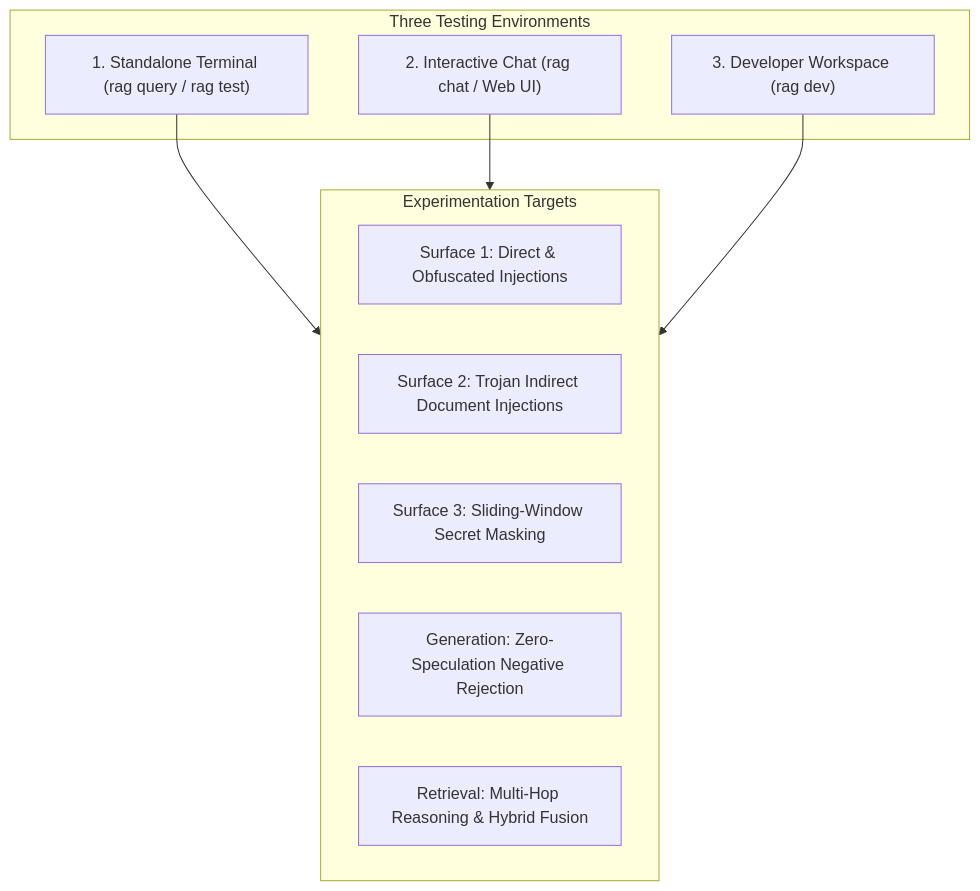
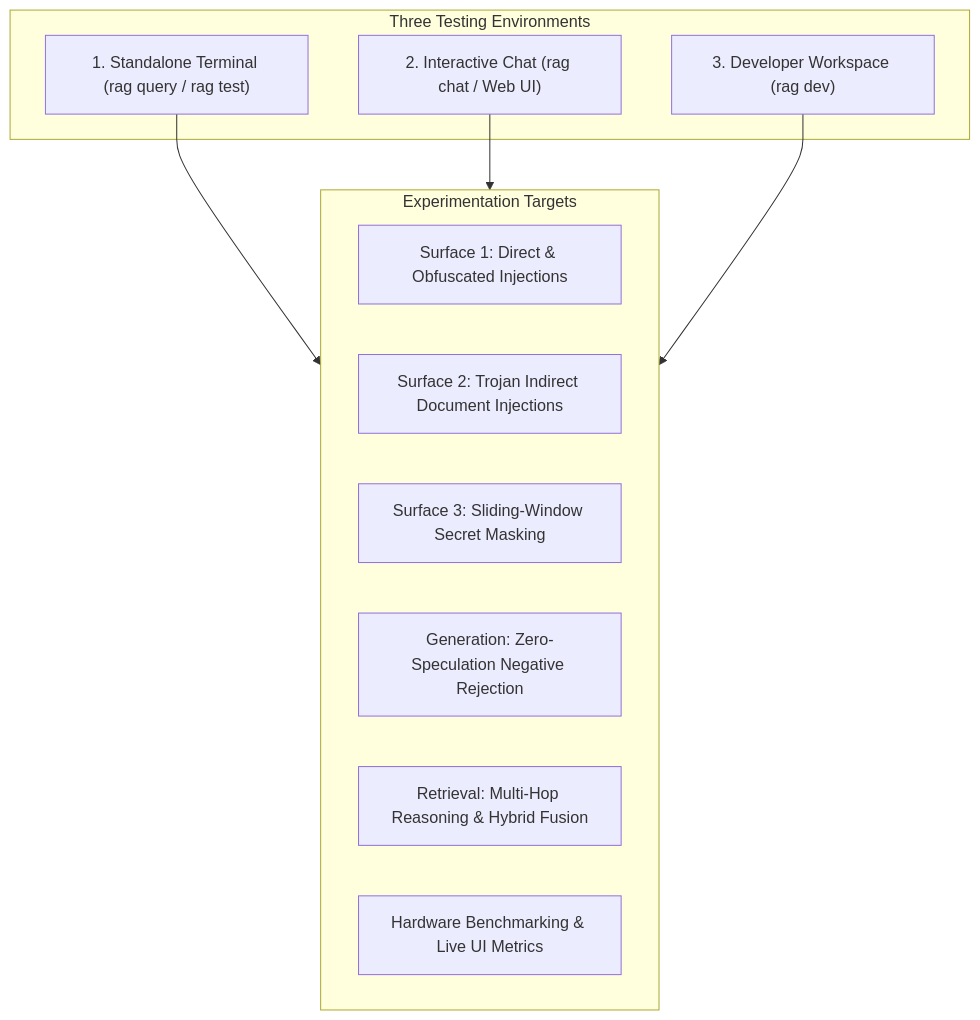
One commit to uehera/RAGnarok changed the diagram in notes/developer/experimentation.md. Above: the diagram before and after it, drawn with Mermaid. The commit also changed other lines of this file and 11 other files, not shown here.

Commit message:
docs(notes): synchronize developer hubs, architecture blueprints, research reports, and auto-dismiss upload toasts

````diff
--- a/notes/developer/experimentation.md
+++ b/notes/developer/experimentation.md
@@ -16,20 +16,21 @@
 ```mermaid
 flowchart TD
     subgraph ENV ["Three Testing Environments"]
         T1["1. Standalone Terminal (rag query / rag test)"]
         T2["2. Interactive Chat (rag chat / Web UI)"]
         T3["3. Developer Workspace (rag dev)"]
     end
 
     subgraph TARGETS ["Experimentation Targets"]
         E1["Surface 1: Direct & Obfuscated Injections"]
         E2["Surface 2: Trojan Indirect Document Injections"]
         E3["Surface 3: Sliding-Window Secret Masking"]
         E4["Generation: Zero-Speculation Negative Rejection"]
         E5["Retrieval: Multi-Hop Reasoning & Hybrid Fusion"]
+        E6["Hardware Benchmarking & Live UI Metrics"]
     end
 
     T1 --> TARGETS
     T2 --> TARGETS
     T3 --> TARGETS
 ```
````
